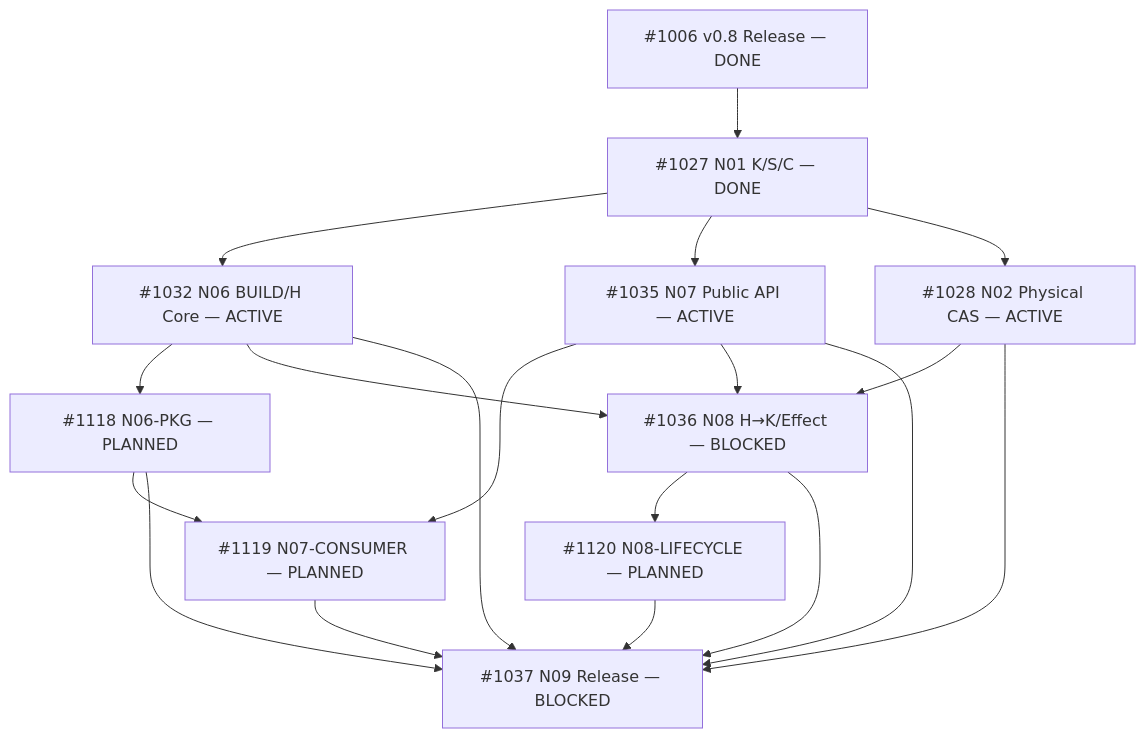
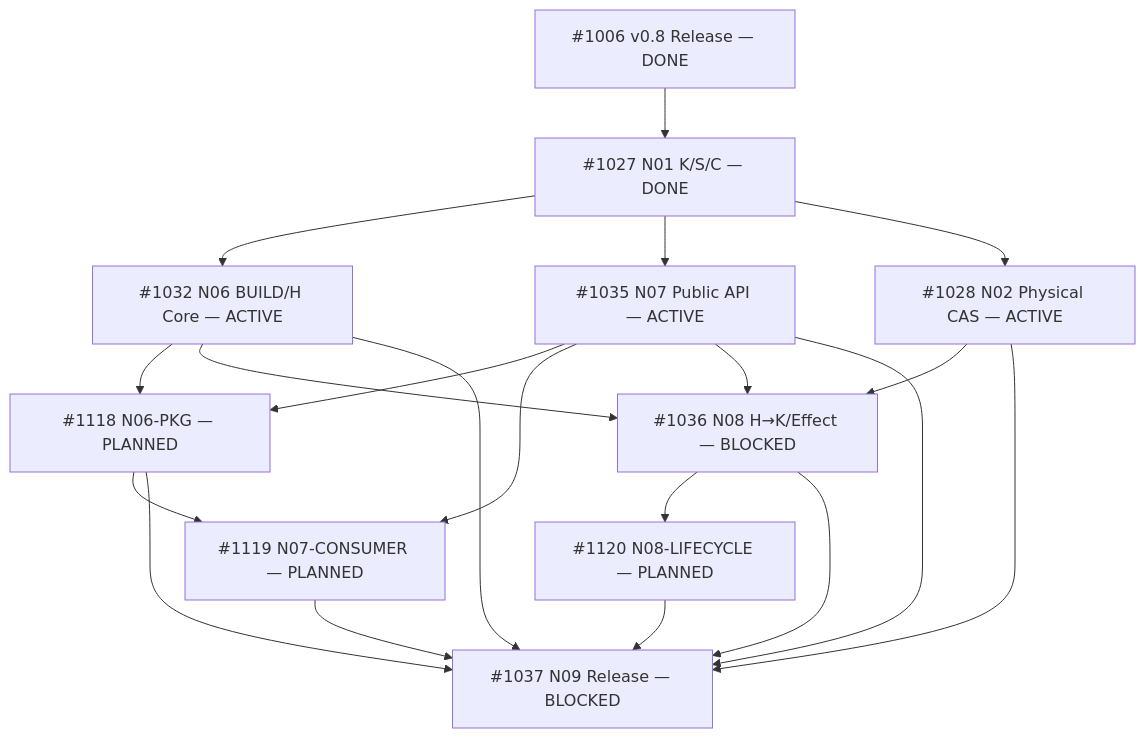
Before and after one commit to kaicreator-mm/domain-harness: the diagram in docs/implementation/v0.9/DH09_TASK_DAG_SPLIT_SUCCESSOR_R0.md, drawn with Mermaid. The commit also changed other lines of this file, not shown here.

Commit message:
docs(v0.9): align successor graph with 19 mandatory native edges

````diff
--- a/docs/implementation/v0.9/DH09_TASK_DAG_SPLIT_SUCCESSOR_R0.md
+++ b/docs/implementation/v0.9/DH09_TASK_DAG_SPLIT_SUCCESSOR_R0.md
@@ -32,21 +32,22 @@
 ```mermaid
 flowchart TD
     V8["#1006 v0.8 Release — DONE"] --> N01["#1027 N01 K/S/C — DONE"]
     N01 --> N06["#1032 N06 BUILD/H Core — ACTIVE"]
     N01 --> N07["#1035 N07 Public API — ACTIVE"]
     N01 --> N02["#1028 N02 Physical CAS — ACTIVE"]
     N06 --> PKG["#1118 N06-PKG — PLANNED"]
+    N07 --> PKG
     N07 --> CONS["#1119 N07-CONSUMER — PLANNED"]
     PKG --> CONS
     N06 --> N08["#1036 N08 H→K/Effect — BLOCKED"]
     N07 --> N08
     N02 --> N08
     N08 --> LIFE["#1120 N08-LIFECYCLE — PLANNED"]
     N06 --> REL["#1037 N09 Release — BLOCKED"]
     N07 --> REL
     N02 --> REL
     N08 --> REL
     PKG --> REL
     CONS --> REL
     LIFE --> REL
 ```
````
